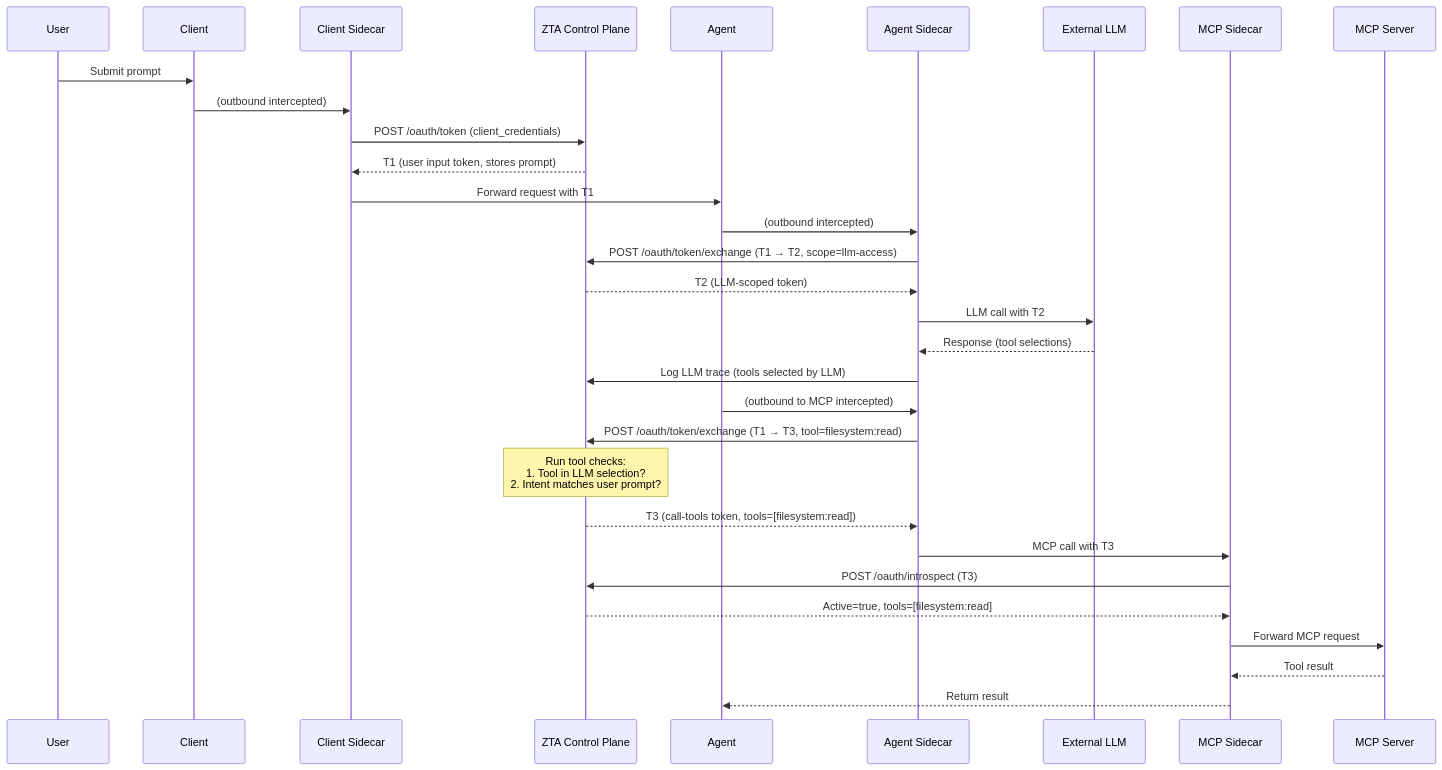
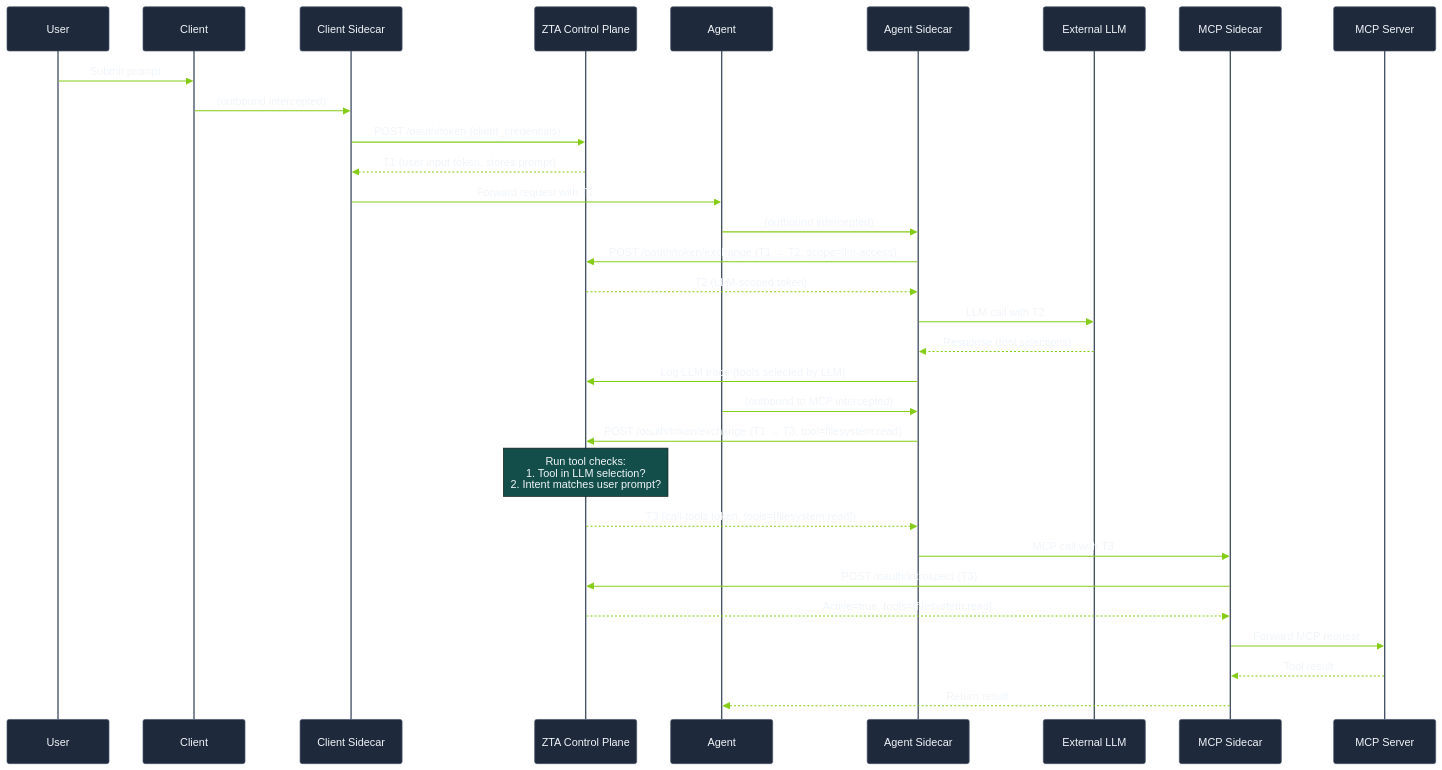
Before and after one commit to outshift-open/CASA: the diagram in docs/ui/docs/concepts/token-flow.md, drawn with Mermaid. The commit also changed 7 other files, not shown here.

````diff
--- a/docs/ui/docs/concepts/token-flow.md
+++ b/docs/ui/docs/concepts/token-flow.md
@@ -23,37 +23,38 @@
 ```mermaid
+%%{init: {'theme': 'base', 'themeVariables': {'primaryColor': '#1e293b', 'primaryTextColor': '#f1f5f9', 'primaryBorderColor': '#475569', 'lineColor': '#64748b', 'background': '#0a0f1e', 'secondaryColor': '#134e4a', 'tertiaryColor': '#1a2e05', 'noteBkgColor': '#134e4a', 'noteTextColor': '#f1f5f9', 'activationBkgColor': '#1a2e05', 'activationBorderColor': '#84cc16', 'actorBkg': '#1e293b', 'actorBorder': '#475569', 'actorTextColor': '#f1f5f9', 'signalColor': '#84cc16', 'signalTextColor': '#f1f5f9'}}}%%
 sequenceDiagram
     participant User
     participant Client
     participant ClientSidecar as Client Sidecar
     participant ZTA as ZTA Control Plane
     participant Agent
     participant AgentSidecar as Agent Sidecar
     participant LLM as External LLM
     participant MCPSidecar as MCP Sidecar
     participant MCP as MCP Server
 
     User->>Client: Submit prompt
     Client->>ClientSidecar: (outbound intercepted)
     ClientSidecar->>ZTA: POST /oauth/token (client_credentials)
     ZTA-->>ClientSidecar: T1 (user input token, stores prompt)
     ClientSidecar->>Agent: Forward request with T1
 
     Agent->>AgentSidecar: (outbound intercepted)
     AgentSidecar->>ZTA: POST /oauth/token/exchange (T1 → T2, scope=llm-access)
     ZTA-->>AgentSidecar: T2 (LLM-scoped token)
     AgentSidecar->>LLM: LLM call with T2
     LLM-->>AgentSidecar: Response (tool selections)
     AgentSidecar->>ZTA: Log LLM trace (tools selected by LLM)
 
     Agent->>AgentSidecar: (outbound to MCP intercepted)
     AgentSidecar->>ZTA: POST /oauth/token/exchange (T1 → T3, tool=filesystem:read)
     Note over ZTA: Run tool checks:<br/>1. Tool in LLM selection?<br/>2. Intent matches user prompt?
     ZTA-->>AgentSidecar: T3 (call-tools token, tools=[filesystem:read])
 
     AgentSidecar->>MCPSidecar: MCP call with T3
     MCPSidecar->>ZTA: POST /oauth/introspect (T3)
     ZTA-->>MCPSidecar: Active=true, tools=[filesystem:read]
     MCPSidecar->>MCP: Forward MCP request
     MCP-->>MCPSidecar: Tool result
     MCPSidecar-->>Agent: Return result
 ```
````
